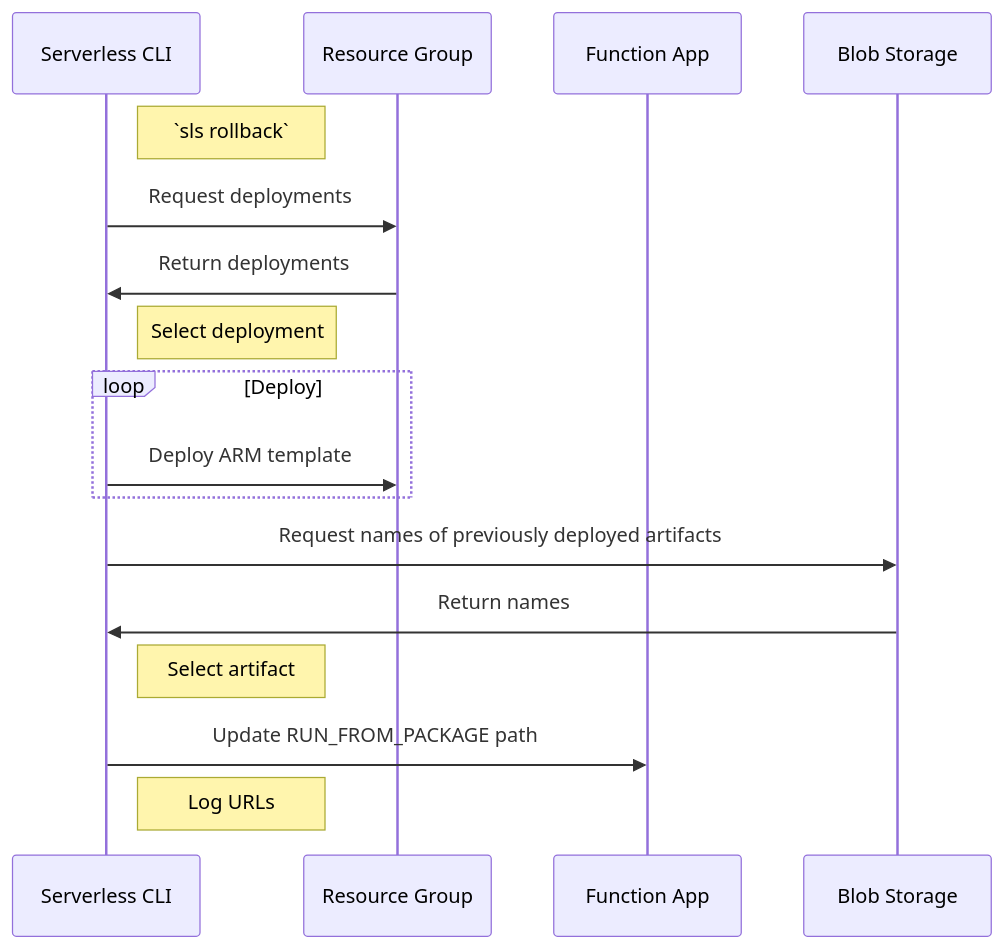
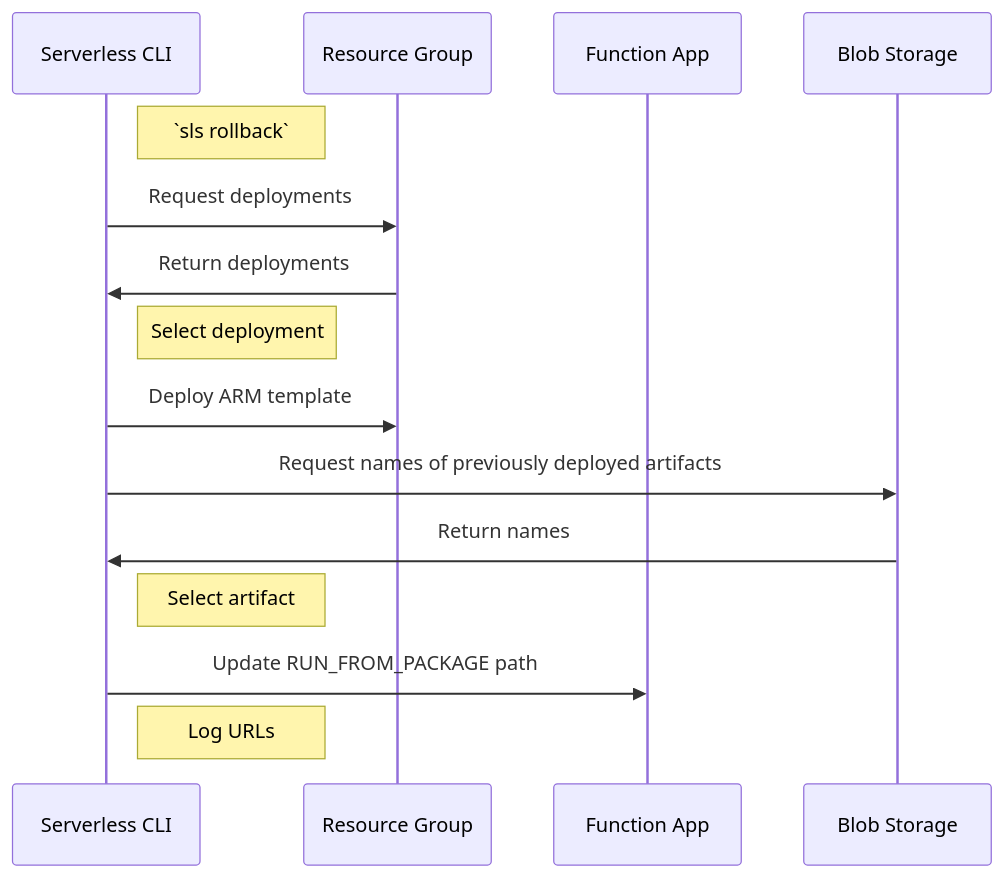
Before and after one commit to serverless/serverless-azure-functions: the diagram in docs/ROLLBACK.md, drawn with Mermaid. The commit also changed other lines of this file, not shown here.

Commit message:
Fix sequence diagram

````diff
--- a/docs/ROLLBACK.md
+++ b/docs/ROLLBACK.md
@@ -16,20 +16,18 @@
 ```mermaid
 sequenceDiagram
   participant s as Serverless CLI
   participant r as Resource Group 
   participant f as Function App
   participant b as Blob Storage
 
   note right of s: `sls rollback`
   s ->> r: Request deployments
   r ->> s: Return deployments
   note right of s: Select deployment
-  loop Deploy
-    s ->> r: Deploy ARM template
-  end
+  s ->> r: Deploy ARM template
   s ->> b: Request names of previously deployed artifacts
   b ->> s: Return names
   note right of s: Select artifact
   s ->> f: Update RUN_FROM_PACKAGE path
   note right of s: Log URLs
 ```
````
